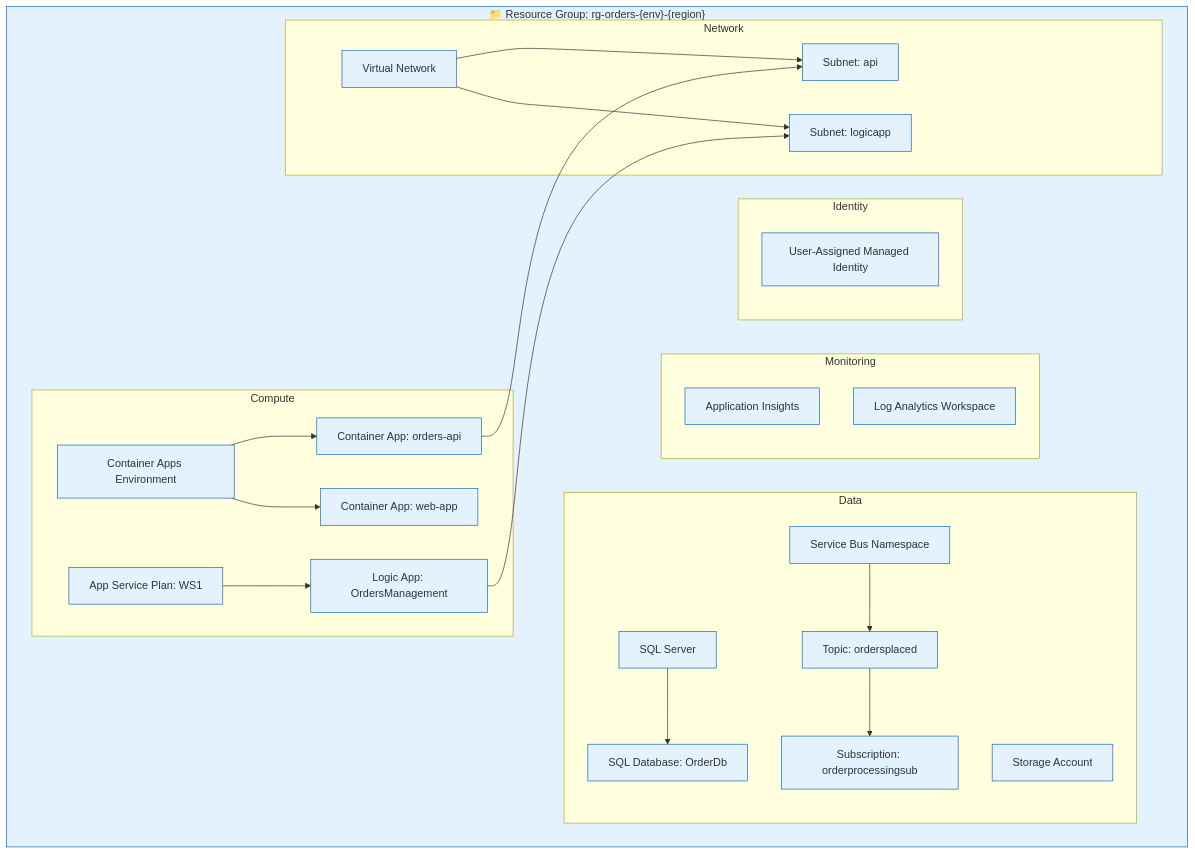
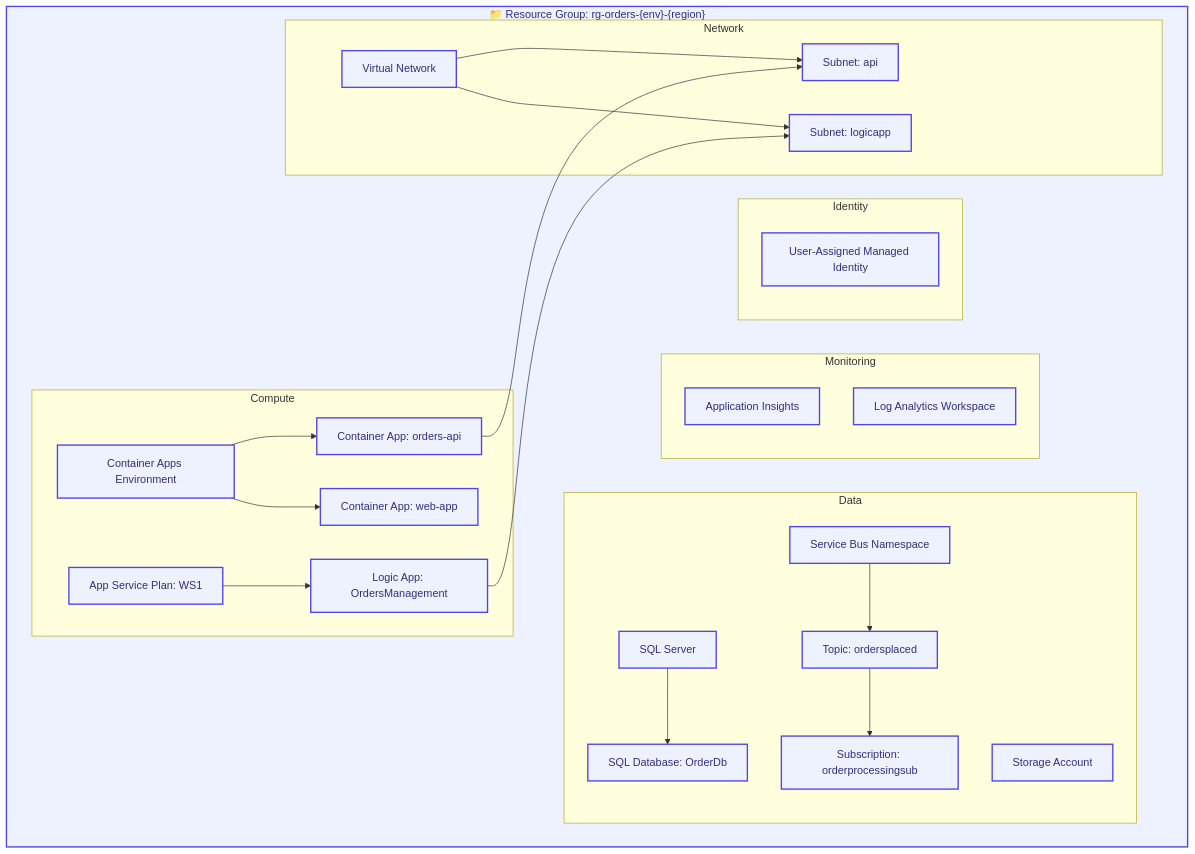
One commit to Evilazaro/Azure-LogicApps-Monitoring changed the second of 2 diagrams in docs/architecture/04-technology-architecture.md. Above: the diagram before and after it, drawn with Mermaid. The commit also changed other lines of this file and 4 other files, not shown here.

Commit message:
feat(docs): Enhance architecture documentation with detailed diagrams and modern color palette

````diff
--- a/docs/architecture/04-technology-architecture.md
+++ b/docs/architecture/04-technology-architecture.md
@@ -134,49 +137,53 @@
 ```mermaid
 flowchart TB
+    %% Azure Resource Topology - Resource group structure
     subgraph RG["📁 Resource Group: rg-orders-{env}-{region}"]
         subgraph Compute["Compute"]
             CAE["Container Apps Environment"]
             CA1["Container App: orders-api"]
             CA2["Container App: web-app"]
             ASP["App Service Plan: WS1"]
             LA["Logic App: OrdersManagement"]
         end
 
         subgraph Data["Data"]
             SQL["SQL Server"]
             SQLDB["SQL Database: OrderDb"]
             SB["Service Bus Namespace"]
             Topic["Topic: ordersplaced"]
             Sub["Subscription: orderprocessingsub"]
             Storage["Storage Account"]
         end
 
         subgraph Monitoring["Monitoring"]
             AI["Application Insights"]
             LAW["Log Analytics Workspace"]
         end
 
         subgraph Identity["Identity"]
             MI["User-Assigned Managed Identity"]
         end
 
         subgraph Network["Network"]
             VNet["Virtual Network"]
             SubnetAPI["Subnet: api"]
             SubnetLA["Subnet: logicapp"]
         end
     end
 
+    %% Resource relationships
     CAE --> CA1
     CAE --> CA2
     ASP --> LA
     SQL --> SQLDB
     SB --> Topic --> Sub
     VNet --> SubnetAPI
     VNet --> SubnetLA
     CA1 --> SubnetAPI
     LA --> SubnetLA
 
-    classDef resource fill:#e3f2fd,stroke:#1565c0
+    %% Modern color palette - WCAG AA compliant
+    classDef resource fill:#EEF2FF,stroke:#4F46E5,stroke-width:2px,color:#312E81
+
     class RG,CAE,CA1,CA2,ASP,LA,SQL,SQLDB,SB,Topic,Sub,Storage,AI,LAW,MI,VNet,SubnetAPI,SubnetLA resource
 ```
````
